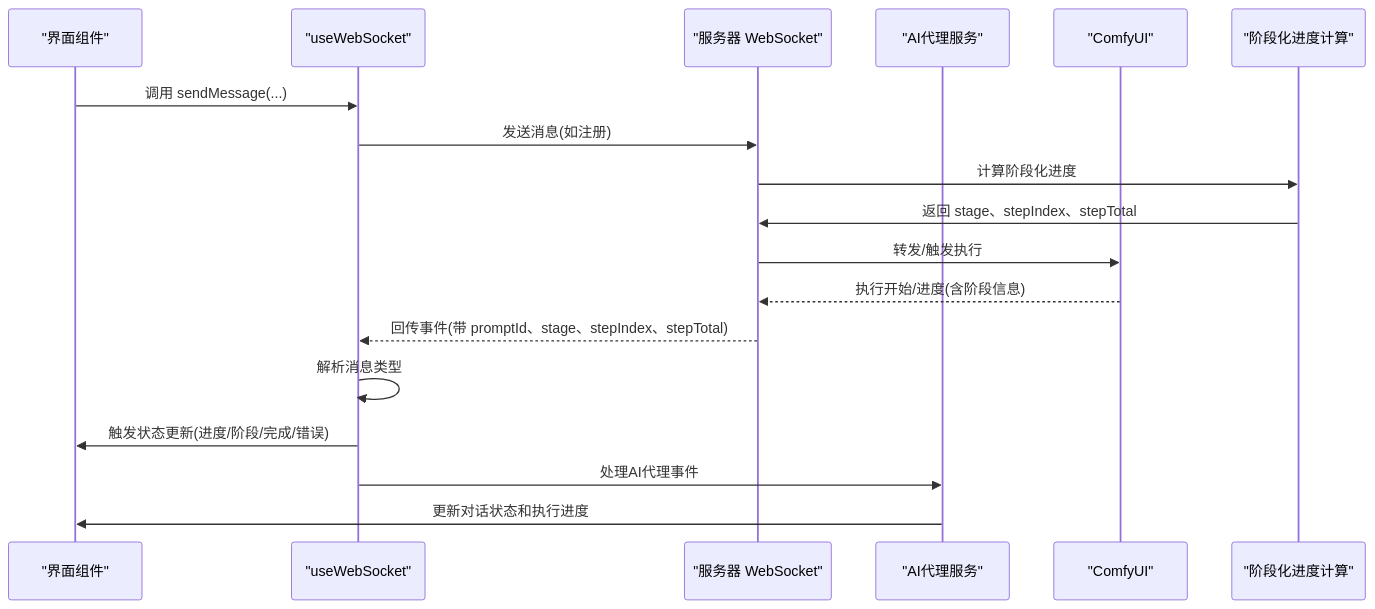
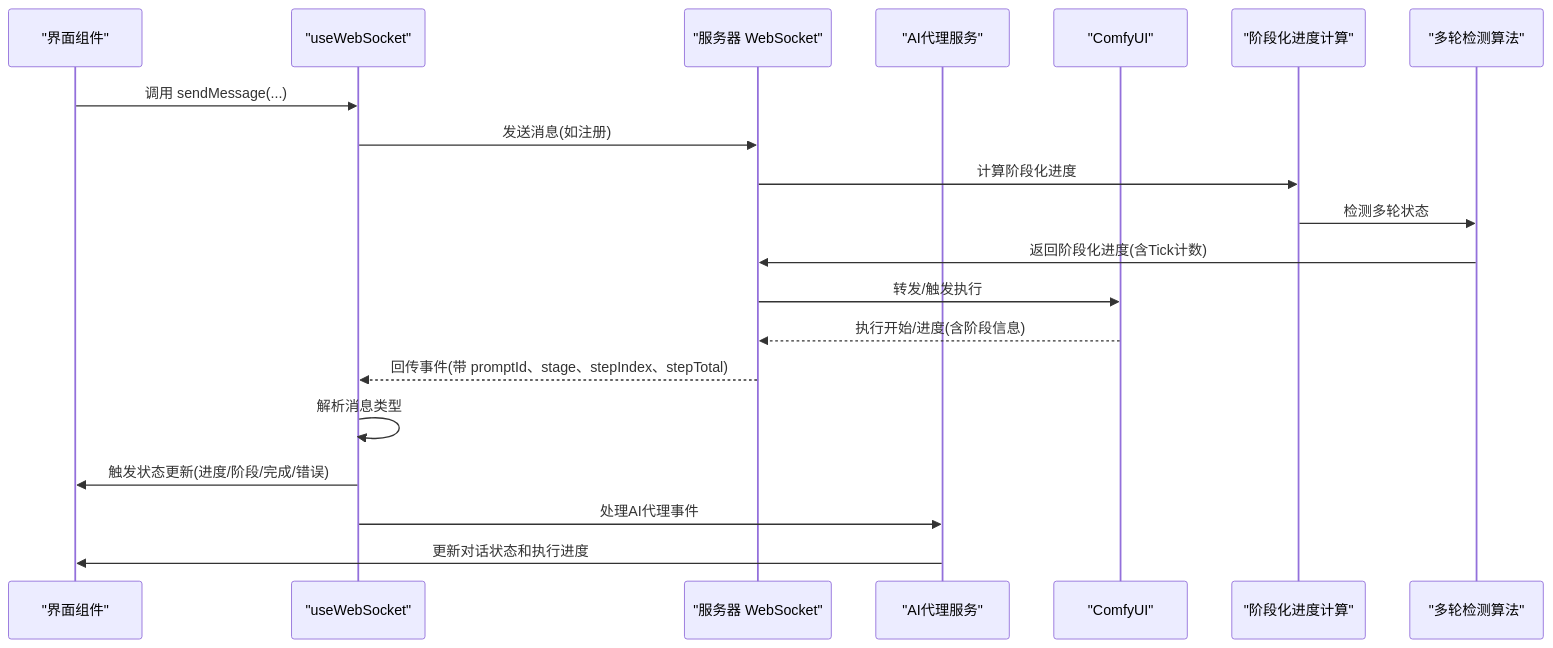
One commit to billye220670/CorineKit_Pix2Real changed the second of 14 diagrams in .qoder/repowiki/zh/content/前端应用/WebSocket 通信.md. Above: the diagram before and after it, drawn with Mermaid. The commit also changed other lines of this file and 73 other files, not shown here.

````diff
--- a/.qoder/repowiki/zh/content/前端应用/WebSocket 通信.md
+++ b/.qoder/repowiki/zh/content/前端应用/WebSocket 通信.md
@@ -135,20 +142,22 @@
 ```mermaid
 sequenceDiagram
 participant UI as "界面组件"
 participant Hook as "useWebSocket"
 participant Srv as "服务器 WebSocket"
 participant Agent as "AI代理服务"
 participant Cfg as "ComfyUI"
 participant StageCalc as "阶段化进度计算"
+participant MultiRound as "多轮检测算法"
 UI->>Hook : 调用 sendMessage(...)
 Hook->>Srv : 发送消息(如注册)
 Srv->>StageCalc : 计算阶段化进度
-StageCalc->>Srv : 返回 stage、stepIndex、stepTotal
+StageCalc->>MultiRound : 检测多轮状态
+MultiRound->>Srv : 返回阶段化进度(含Tick计数)
 Srv->>Cfg : 转发/触发执行
 Cfg-->>Srv : 执行开始/进度(含阶段信息)
 Srv-->>Hook : 回传事件(带 promptId、stage、stepIndex、stepTotal)
 Hook->>Hook : 解析消息类型
 Hook->>UI : 触发状态更新(进度/阶段/完成/错误)
 Hook->>Agent : 处理AI代理事件
 Agent->>UI : 更新对话状态和执行进度
 ```
````
